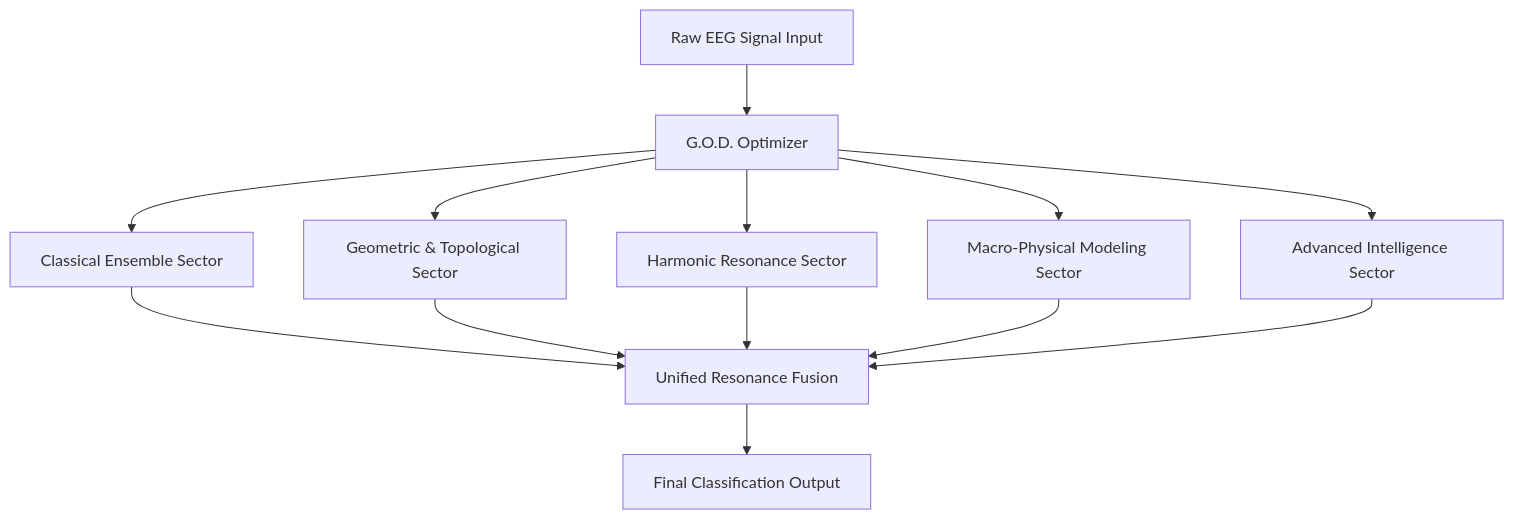
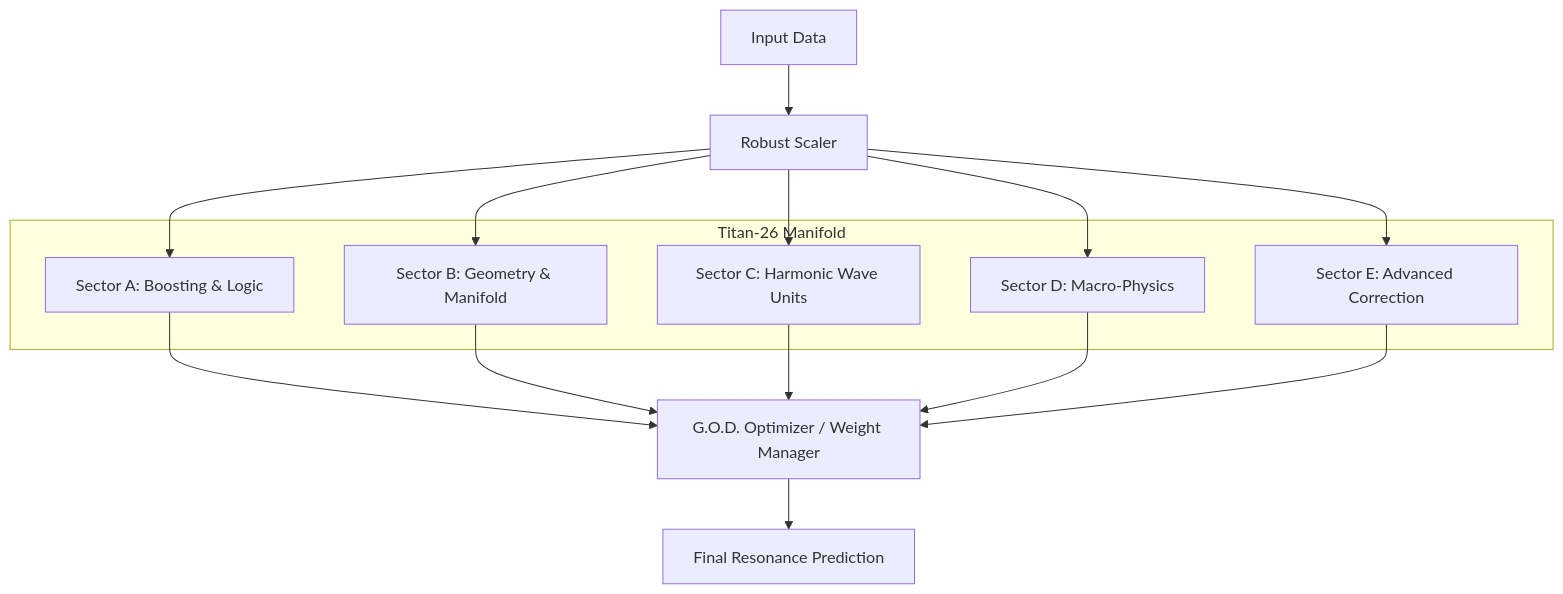
The diagram in docs/architecture.md (ananyasinha-1/Harmonic_Resonance_Forest), drawn with Mermaid before and after one commit. The commit also changed other lines of this file, not shown here.

Commit message:
docs: clarify conceptual architecture

````diff
--- a/docs/architecture.md
+++ b/docs/architecture.md
@@ -63,18 +74,25 @@
 ```mermaid
 graph TD
-    A[Raw EEG Signal Input] --> B[G.O.D. Optimizer]
-    B --> C1[Classical Ensemble Sector]
-    B --> C2[Geometric & Topological Sector]
-    B --> C3[Harmonic Resonance Sector]
-    B --> C4[Macro-Physical Modeling Sector]
-    B --> C5[Advanced Intelligence Sector]
+    Input[Input Data] --> Scaler[Robust Scaler]
+    Scaler --> SectorA[Sector A: Boosting & Logic]
+    Scaler --> SectorB[Sector B: Geometry & Manifold]
+    Scaler --> SectorC[Sector C: Harmonic Wave Units]
+    Scaler --> SectorD[Sector D: Macro-Physics]
+    Scaler --> SectorE[Sector E: Advanced Correction]
 
-    C1 --> D[Unified Resonance Fusion]
-    C2 --> D
-    C3 --> D
-    C4 --> D
-    C5 --> D
+    subgraph "Titan-26 Manifold"
+        SectorA
+        SectorB
+        SectorC
+        SectorD
+        SectorE
+    end
 
-    D --> E[Final Classification Output]
+    SectorA --> GOD[G.O.D. Optimizer / Weight Manager]
+    SectorB --> GOD
+    SectorC --> GOD
+    SectorD --> GOD
+    SectorE --> GOD
 
+    GOD --> Output[Final Resonance Prediction]
 ```
````
